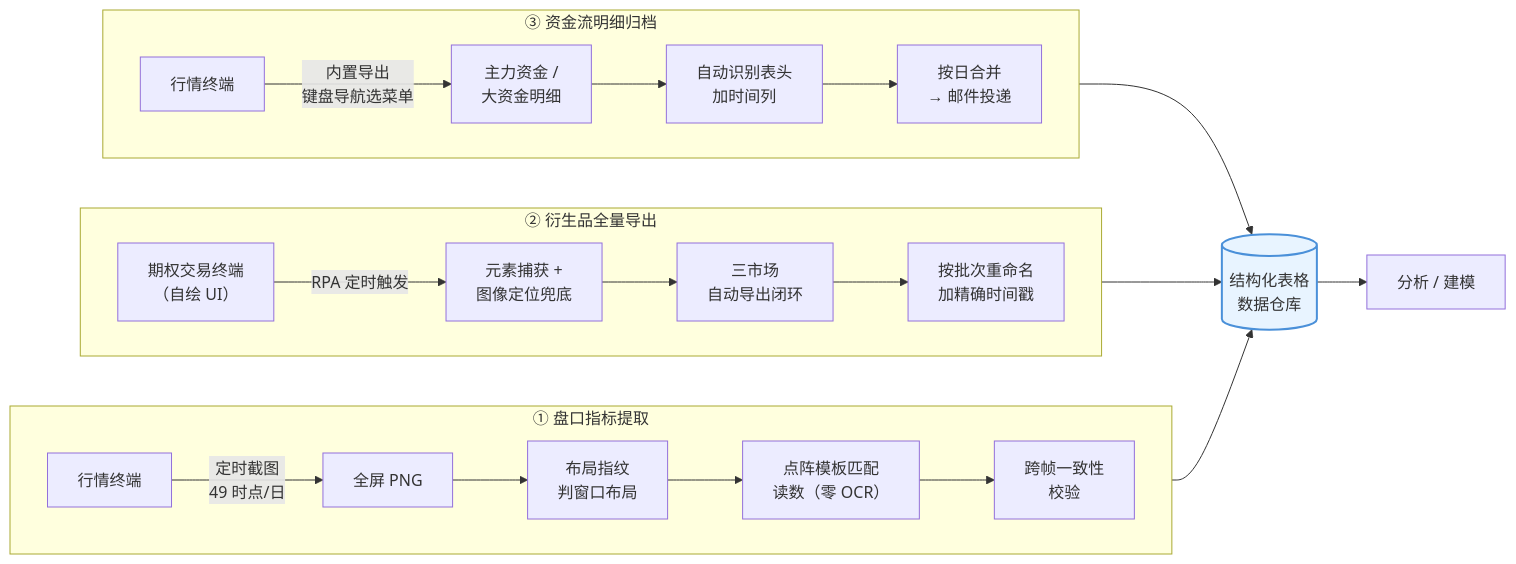
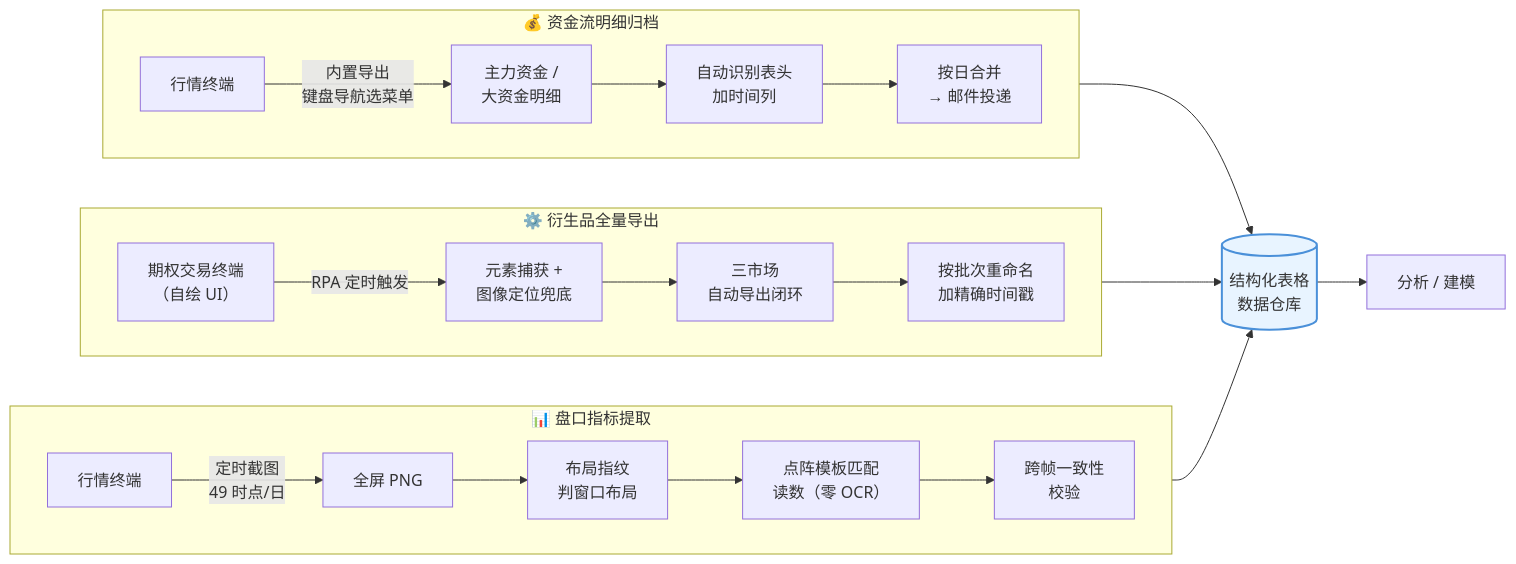
The diagram in README.md (mading007/finance-data-automation), drawn with Mermaid before and after one commit. The commit also changed other lines of this file, not shown here.

````diff
--- a/README.md
+++ b/README.md
@@ -31,32 +33,32 @@
 ```mermaid
 flowchart LR
-    subgraph A["① 盘口指标提取"]
+    subgraph A["📊 盘口指标提取"]
         direction LR
         A1["行情终端"] -->|"定时截图<br/>49 时点/日"| A2["全屏 PNG"]
         A2 --> A3["布局指纹<br/>判窗口布局"]
         A3 --> A4["点阵模板匹配<br/>读数（零 OCR）"]
         A4 --> A5["跨帧一致性<br/>校验"]
     end
 
-    subgraph B["② 衍生品全量导出"]
+    subgraph B["⚙️ 衍生品全量导出"]
         direction LR
         B1["期权交易终端<br/>（自绘 UI）"] -->|"RPA 定时触发"| B2["元素捕获 +<br/>图像定位兜底"]
         B2 --> B3["三市场<br/>自动导出闭环"]
         B3 --> B4["按批次重命名<br/>加精确时间戳"]
     end
 
-    subgraph C["③ 资金流明细归档"]
+    subgraph C["💰 资金流明细归档"]
         direction LR
         C1["行情终端"] -->|"内置导出<br/>键盘导航选菜单"| C2["主力资金 /<br/>大资金明细"]
         C2 --> C3["自动识别表头<br/>加时间列"]
         C3 --> C4["按日合并<br/>→ 邮件投递"]
     end
 
     A5 --> DB[("结构化表格<br/>数据仓库")]
     B4 --> DB
     C4 --> DB
     DB --> ML["分析 / 建模"]
 
     classDef store fill:#e8f4ff,stroke:#4a90d9,stroke-width:2px
     class DB store
 ```
````
